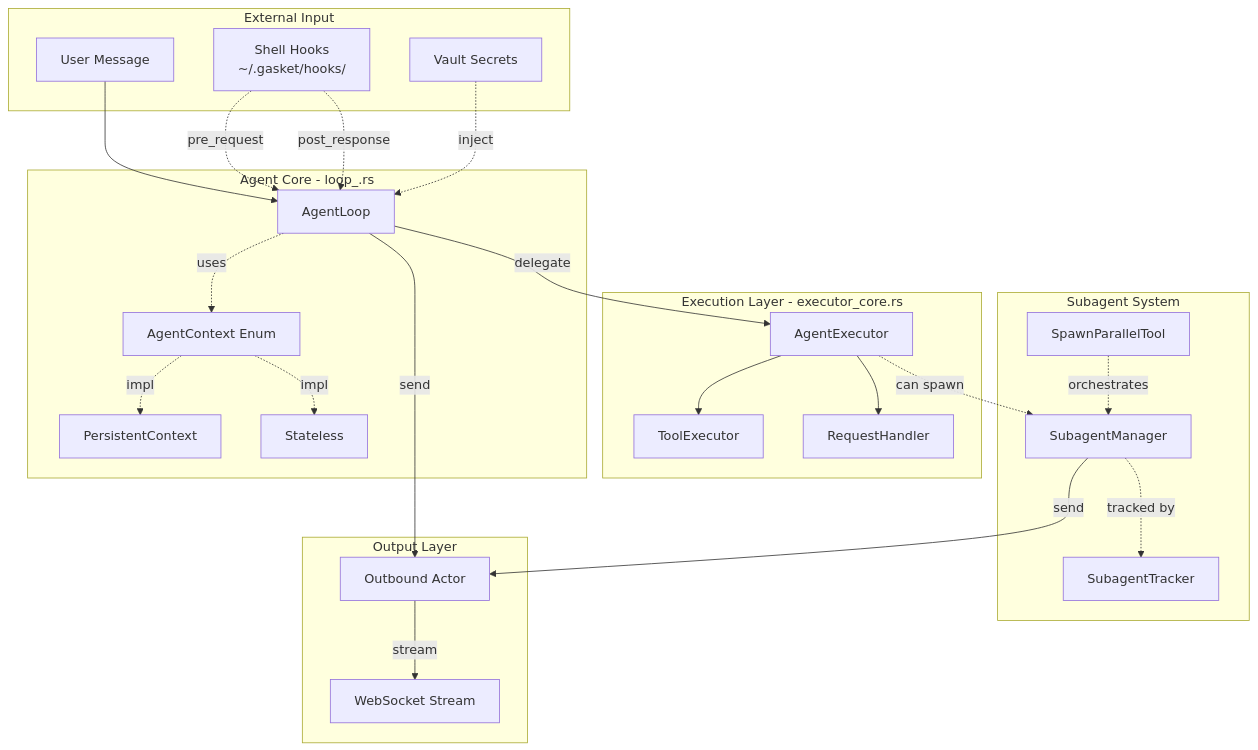
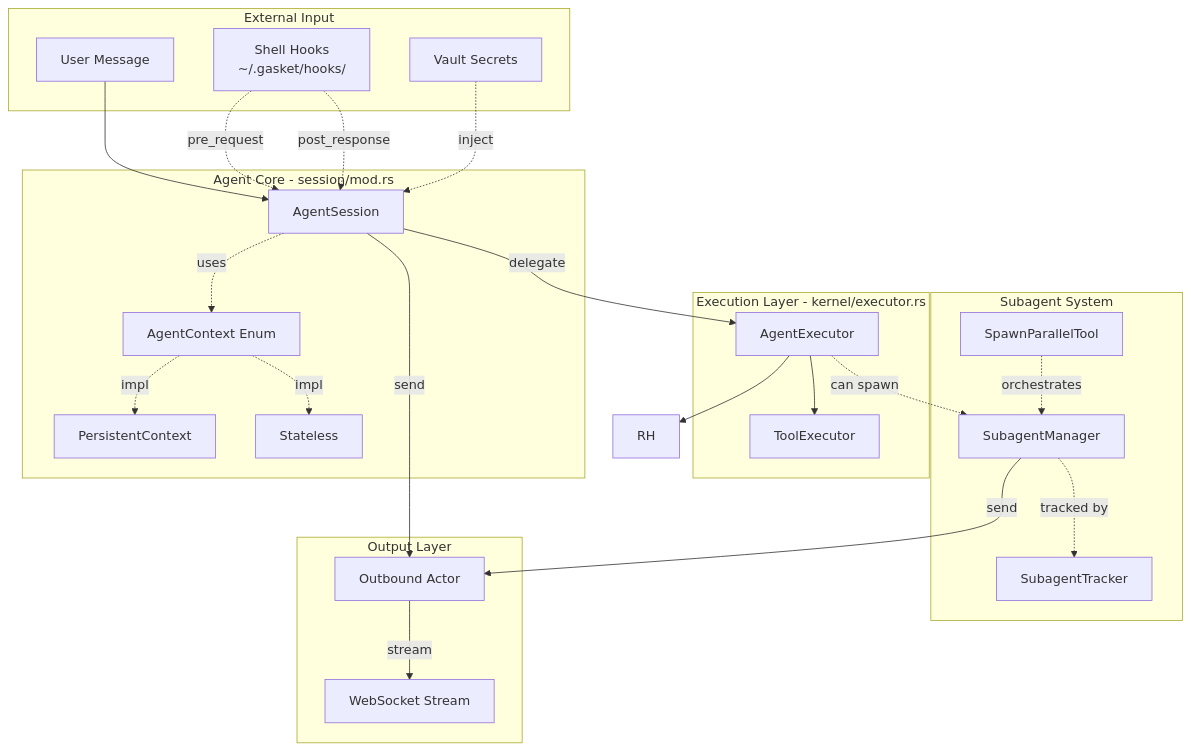
One commit to yeheng/nanobot-rs changed the first of 4 diagrams in docs/agent_flow-en.md. Above: the diagram before and after it, drawn with Mermaid. The commit also changed other lines of this file and 12 other files, not shown here.

First line of the commit message:
feat(docs): 重构架构文档以反映 AgentSession 与 Kernel 分离设计

````diff
--- a/docs/agent_flow-en.md
+++ b/docs/agent_flow-en.md
@@ -9,53 +9,52 @@
 ```mermaid
 flowchart TB
     subgraph External["External Input"]
         User[User Message]
         Hook[Shell Hooks<br/>~/.gasket/hooks/]
         Vault[Vault Secrets]
     end
 
-    subgraph AgentCore["Agent Core - loop_.rs"]
-        AL[AgentLoop]
+    subgraph AgentCore["Agent Core - session/mod.rs"]
+        AL[AgentSession]
         AC[AgentContext Enum]
         PC[PersistentContext]
         SC[Stateless]
     end
 
-    subgraph Execution["Execution Layer - executor_core.rs"]
+    subgraph Execution["Execution Layer - kernel/executor.rs"]
         AE[AgentExecutor]
         TE[ToolExecutor]
-        RH[RequestHandler]
     end
 
     subgraph Subagent["Subagent System"]
         SM[SubagentManager]
         ST[SubagentTracker]
         SPT[SpawnParallelTool]
     end
 
     subgraph Output["Output Layer"]
         OB[Outbound Actor]
         WS[WebSocket Stream]
     end
 
     User --> AL
     Hook -.->|pre_request| AL
     Hook -.->|post_response| AL
     Vault -.->|inject| AL
 
     AL -->|delegate| AE
     AE --> TE
     AE --> RH
 
     AL -.->|uses| AC
     AC -.->|impl| PC
     AC -.->|impl| SC
 
     AE -.->|can spawn| SM
     SM -.->|tracked by| ST
     SPT -.->|orchestrates| SM
 
     AL -->|send| OB
     SM -->|send| OB
     OB -->|stream| WS
 ```
````
